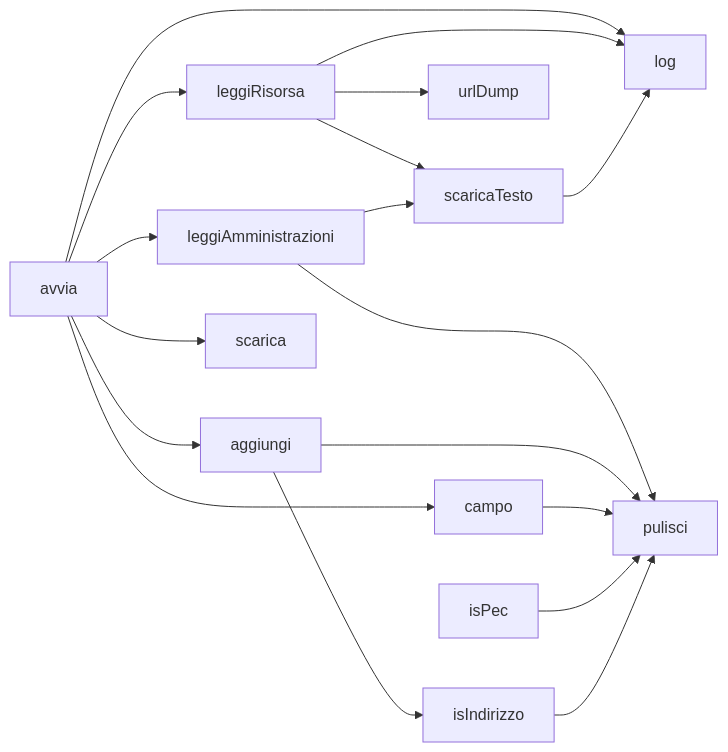
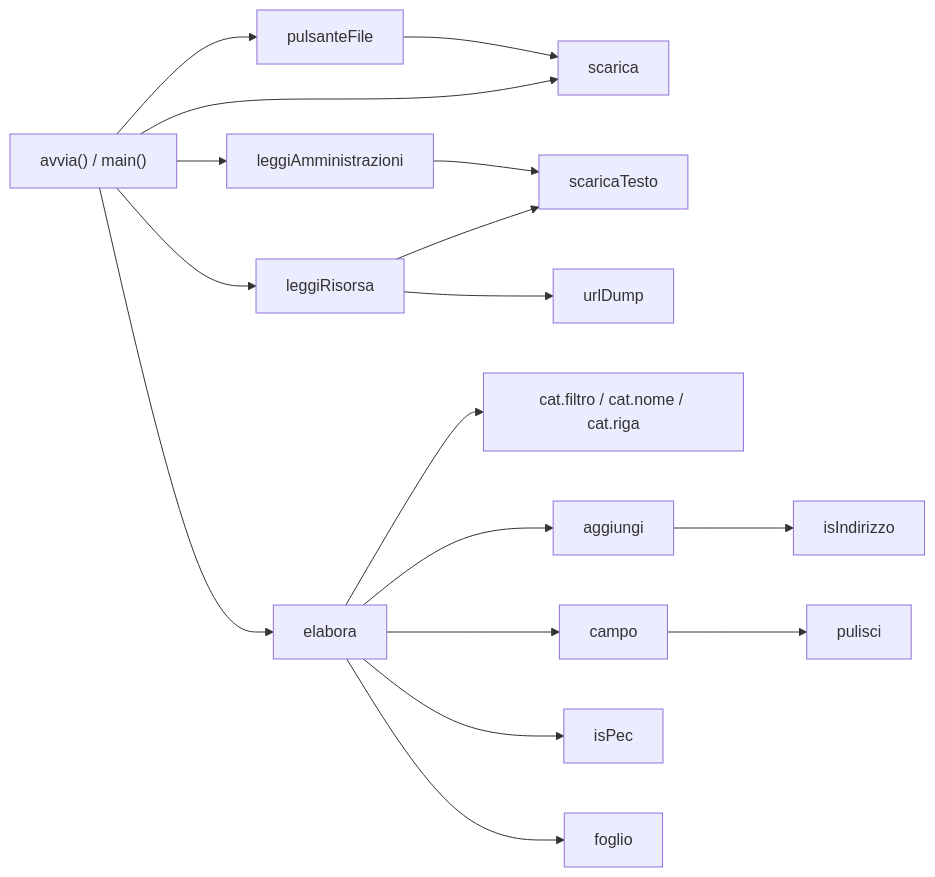
Before and after one commit to ingegnererecca-web/pec-comuni-italiani: the third of 3 diagrams in GRAPH.md, drawn with Mermaid. The commit also changed other lines of this file, not shown here.

Commit message:
GRAPH.md aggiornato alla v1.1.0 (Comuni e Scuole)

````diff
--- a/GRAPH.md
+++ b/GRAPH.md
@@ -24,20 +39,16 @@
 ```mermaid
 flowchart LR
-    avvia --> leggiRisorsa
-    avvia --> leggiAmministrazioni
-    avvia --> aggiungi
-    avvia --> campo
-    avvia --> scarica
-    avvia --> log
+    avvia_main["avvia() / main()"] --> leggiRisorsa
+    avvia_main --> leggiAmministrazioni
+    avvia_main --> elabora
+    avvia_main --> scarica
+    avvia_main --> pulsanteFile --> scarica
     leggiRisorsa --> scaricaTesto
     leggiRisorsa --> urlDump
-    leggiRisorsa --> log
     leggiAmministrazioni --> scaricaTesto
-    leggiAmministrazioni --> pulisci
-    scaricaTesto --> log
-    aggiungi --> pulisci
-    aggiungi --> isIndirizzo
-    campo --> pulisci
-    isPec --> pulisci
-    isIndirizzo --> pulisci
+    elabora --> cat["cat.filtro / cat.nome / cat.riga"]
+    elabora --> aggiungi --> isIndirizzo
+    elabora --> campo --> pulisci
+    elabora --> isPec
+    elabora --> foglio
 ```
````
